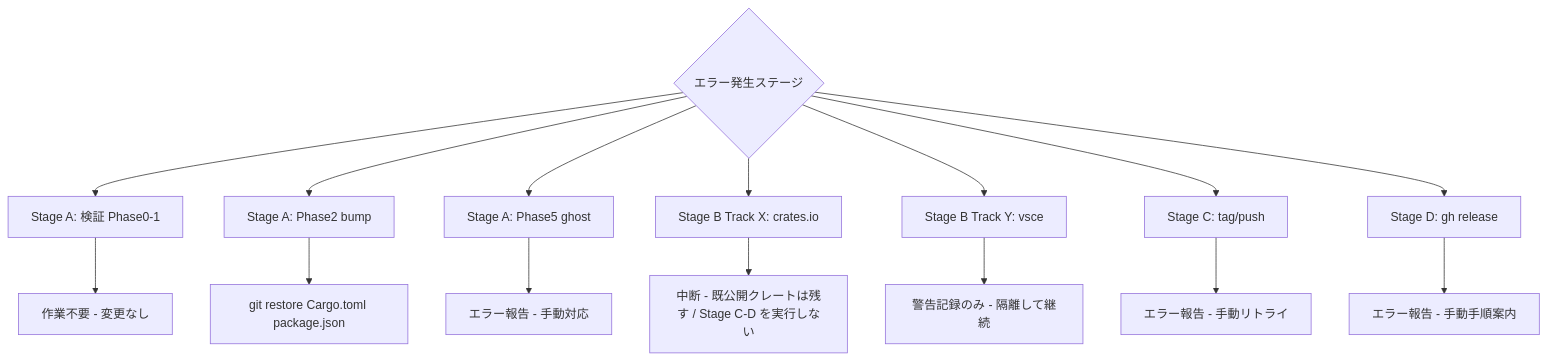
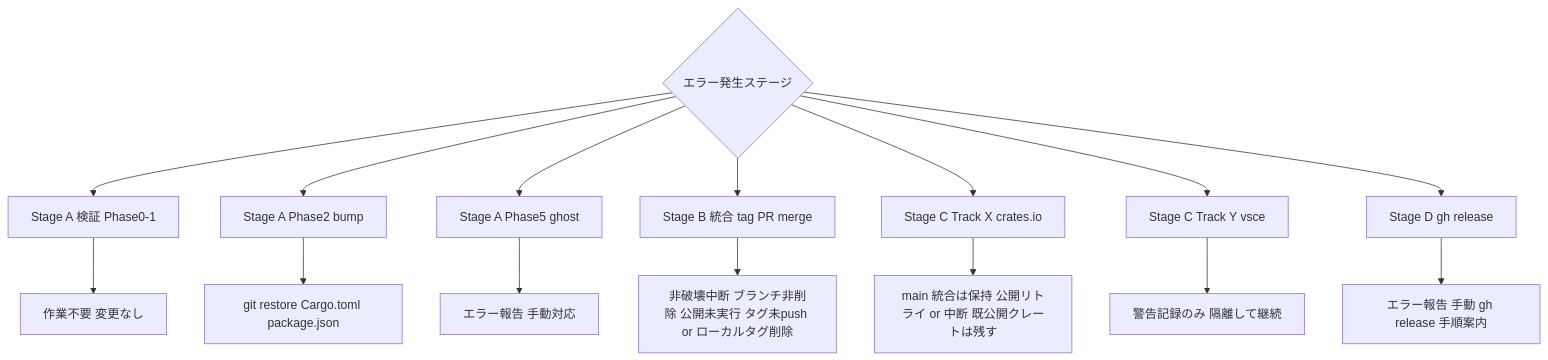
The third of 3 diagrams in .kiro/specs/release-workflow/design.md (ekicyou/pasta), drawn with Mermaid before and after one commit. The commit also changed other lines of this file and 2 other files, not shown here.

Commit message:
docs(release-workflow): redesign for worktree + PR-merge integration (4-stage, integrate-before-publish)

````diff
--- a/.kiro/specs/release-workflow/design.md
+++ b/.kiro/specs/release-workflow/design.md
@@ -259,18 +283,18 @@
 ```mermaid
 flowchart TD
-    A{エラー発生ステージ} --> B[Stage A: 検証 Phase0-1]
-    A --> C[Stage A: Phase2 bump]
-    A --> P5[Stage A: Phase5 ghost]
-    A --> X[Stage B Track X: crates.io]
-    A --> Y[Stage B Track Y: vsce]
-    A --> CC[Stage C: tag/push]
-    A --> D[Stage D: gh release]
+    A{エラー発生ステージ} --> B[Stage A 検証 Phase0-1]
+    A --> C[Stage A Phase2 bump]
+    A --> P5[Stage A Phase5 ghost]
+    A --> INT[Stage B 統合 tag PR merge]
+    A --> X[Stage C Track X crates.io]
+    A --> Y[Stage C Track Y vsce]
+    A --> D[Stage D gh release]
 
-    B --> B1[作業不要 - 変更なし]
+    B --> B1[作業不要 変更なし]
     C --> C1[git restore Cargo.toml package.json]
-    P5 --> P51[エラー報告 - 手動対応]
-    X --> X1[中断 - 既公開クレートは残す / Stage C-D を実行しない]
-    Y --> Y1[警告記録のみ - 隔離して継続]
-    CC --> CC1[エラー報告 - 手動リトライ]
-    D --> D1[エラー報告 - 手動手順案内]
+    P5 --> P51[エラー報告 手動対応]
+    INT --> INT1[非破壊中断 ブランチ非削除 公開未実行 タグ未push or ローカルタグ削除]
+    X --> X1[main 統合は保持 公開リトライ or 中断 既公開クレートは残す]
+    Y --> Y1[警告記録のみ 隔離して継続]
+    D --> D1[エラー報告 手動 gh release 手順案内]
 ```
````
